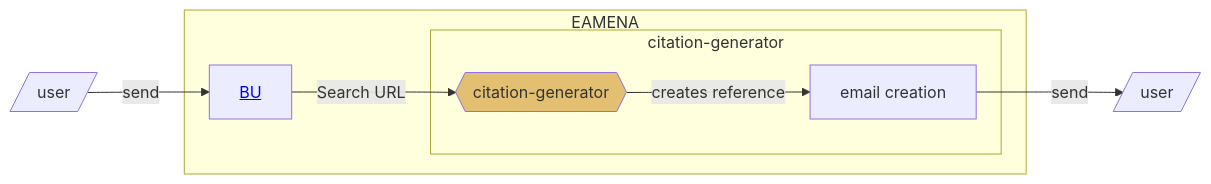
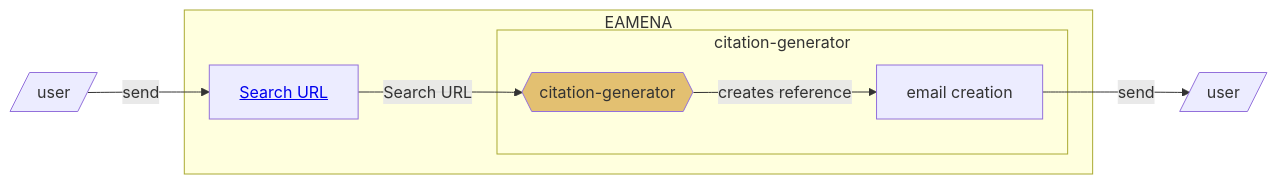
One commit to eamena-project/eamena-arches-dev changed the second of 2 diagrams in data/bibref/README.md. Above: the diagram before and after it, drawn with Mermaid.

Commit message:
citation README

````diff
--- a/data/bibref/README.md
+++ b/data/bibref/README.md
@@ -35,12 +35,12 @@
 ```mermaid
 flowchart LR
-	U[/user/] -- send --> A[<a href='https://github.com/eamena-project/eamena-arches-dev/blob/main/dbs/database.eamena/docs/notes/Arches%207%20Upgrade.md#splitchunk'>BU</a>];
+	U[/user/] -- send --> A[<a href='https://github.com/eamena-project/eamena-arches-dev/blob/main/dbs/database.eamena/docs/notes/Arches%207%20Upgrade.md#splitchunk'>Search URL</a>];
 	subgraph EAMENA
 	A --Search URL--> G{{citation-generator}}:::eamenaFunc;
 		subgraph citation-generator
 		G -- creates reference --> H[email creation];
 		end
 	end
 	H -- send --> I[/user/];
 	classDef eamenaFunc fill:#e3c071;
 ```
````
